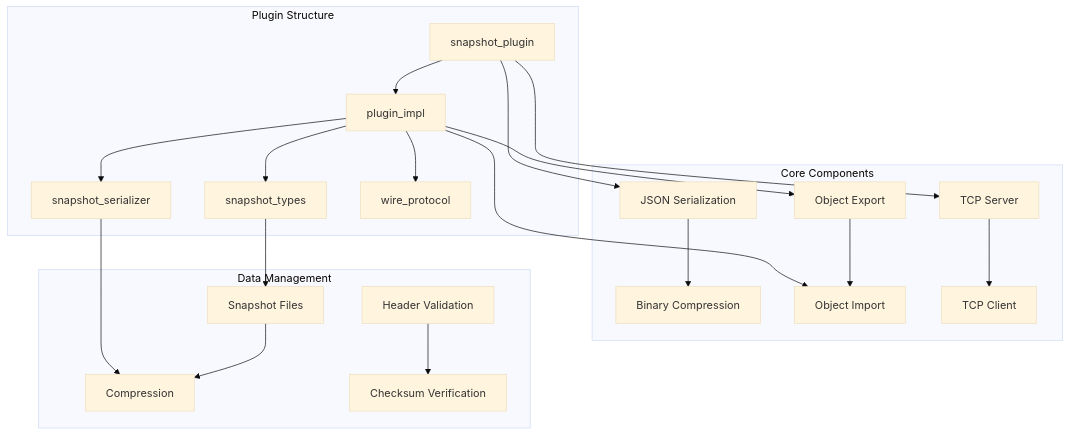
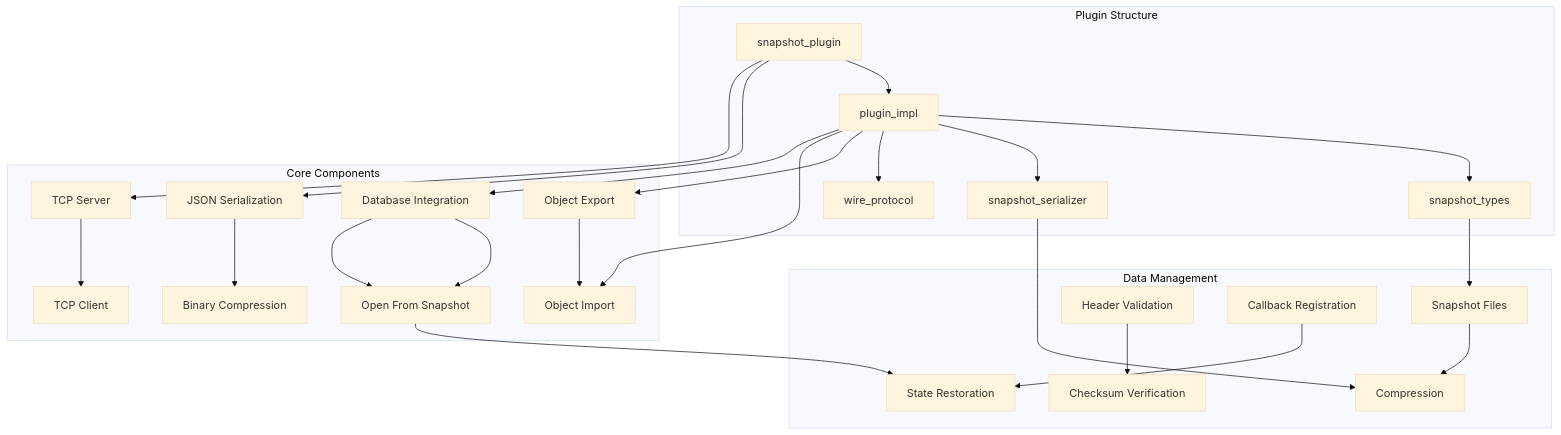
One commit to VIZ-Blockchain/viz-cpp-node changed the first of 13 diagrams in .qoder/repowiki/en/content/Plugin System/Snapshot Plugin System.md. Above: the diagram before and after it, drawn with Mermaid (base theme). The commit also changed other lines of this file and 4 other files, not shown here.

````diff
--- a/.qoder/repowiki/en/content/Plugin System/Snapshot Plugin System.md
+++ b/.qoder/repowiki/en/content/Plugin System/Snapshot Plugin System.md
@@ -40,24 +54,29 @@
 ```mermaid
 graph TB
 subgraph "Plugin Structure"
 A[snapshot_plugin] --> B[plugin_impl]
 B --> C[snapshot_types]
 B --> D[snapshot_serializer]
 B --> E[wire_protocol]
 end
 subgraph "Core Components"
 F[JSON Serialization] --> G[Binary Compression]
 H[Object Export] --> I[Object Import]
 J[TCP Server] --> K[TCP Client]
+L[Database Integration] --> M[Open From Snapshot]
 end
 subgraph "Data Management"
-L[Snapshot Files] --> M[Compression]
-N[Header Validation] --> O[Checksum Verification]
+N[Snapshot Files] --> O[Compression]
+P[Header Validation] --> Q[Checksum Verification]
+R[Callback Registration] --> S[State Restoration]
 end
 A --> F
 A --> J
 B --> H
 B --> I
-C --> L
-D --> M
+C --> N
+D --> O
+B --> L
+L --> M
+M --> S
 ```
````
